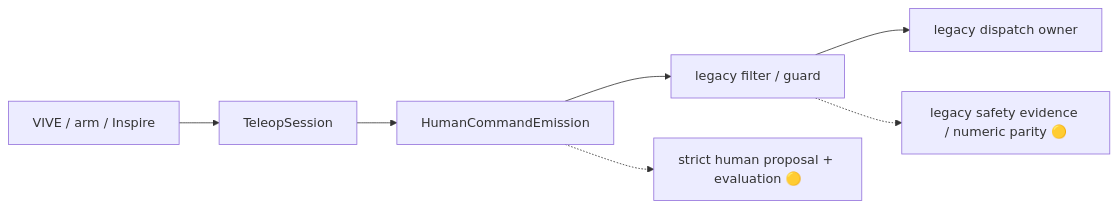
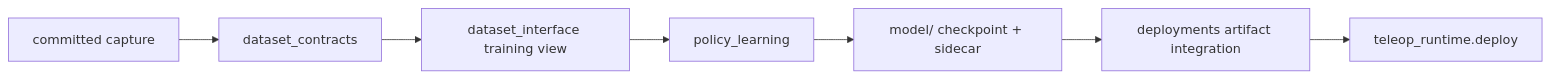
Before and after one commit to xiaopangxiexyg/AgenticRobot: the seventh of 9 diagrams in docs/architecture/dexteleop_architecture_visual_guide.md, drawn with Mermaid. The commit also changed other lines of this file and 3 other files, not shown here.

Commit message:
docs: refresh the architecture visual guide

````diff
--- a/docs/architecture/dexteleop_architecture_visual_guide.md
+++ b/docs/architecture/dexteleop_architecture_visual_guide.md
@@ -743,9 +212,9 @@
 ```mermaid
 flowchart LR
-    Device["VIVE / arm / Inspire"] --> Session["TeleopSession"]
-    Session --> Emission["HumanCommandEmission"]
-    Emission --> Filter["legacy filter / guard"]
-    Filter --> Dispatch["legacy dispatch owner"]
-    Emission -.-> HumanShadow["strict human proposal + evaluation 🟡"]
-    Filter -.-> Evidence["legacy safety evidence / numeric parity 🟡"]
+    Capture["committed capture"] --> Contract["dataset_contracts"]
+    Contract --> View["dataset_interface training view"]
+    View --> Learn["policy_learning"]
+    Learn --> Artifact["model/ checkpoint + sidecar"]
+    Artifact --> Deploy["deployments artifact integration"]
+    Deploy --> Runtime["teleop_runtime.deploy"]
 ```
````
